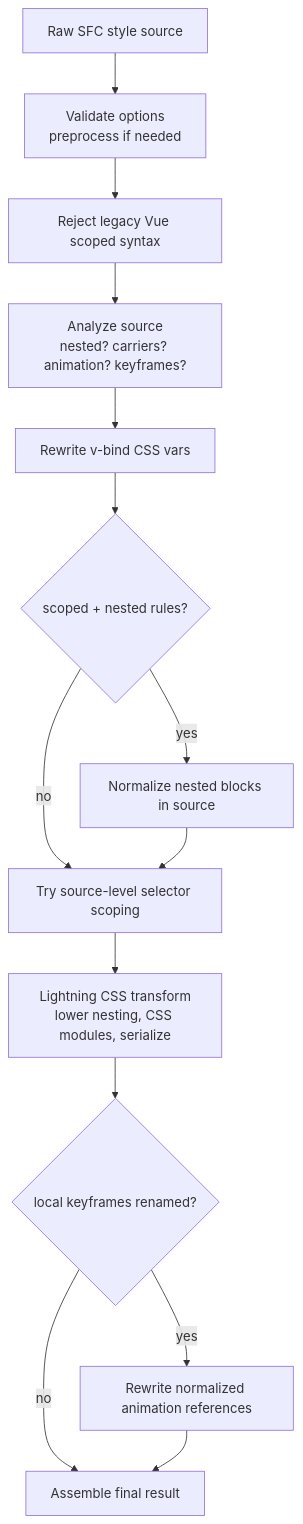
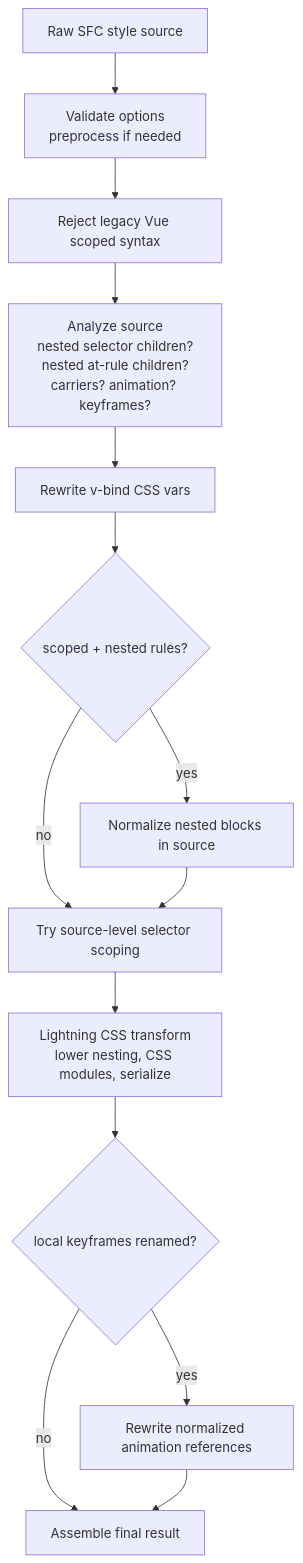
Before and after one commit to haoqunjiang/lightning-vue: the diagram in packages/compiler/ARCHITECTURE.md, drawn with Mermaid. The commit also changed other lines of this file and 23 other files, not shown here.

````diff
--- a/packages/compiler/ARCHITECTURE.md
+++ b/packages/compiler/ARCHITECTURE.md
@@ -68,16 +68,16 @@
 ```mermaid
 flowchart TD
   A[Raw SFC style source] --> B[Validate options<br/>preprocess if needed]
   B --> C[Reject legacy Vue scoped syntax]
-  C --> D[Analyze source<br/>nested? carriers? animation? keyframes?]
+  C --> D[Analyze source<br/>nested selector children?<br/>nested at-rule children?<br/>carriers? animation? keyframes?]
   D --> E[Rewrite v-bind CSS vars]
   E --> F{scoped + nested rules?}
   F -- yes --> G[Normalize nested blocks in source]
   F -- no --> H
   G --> H[Try source-level selector scoping]
   H --> I[Lightning CSS transform<br/>lower nesting, CSS modules, serialize]
   I --> J{local keyframes renamed?}
   J -- yes --> K[Rewrite normalized animation references]
   J -- no --> L
   K --> L[Assemble final result]
 ```
````
